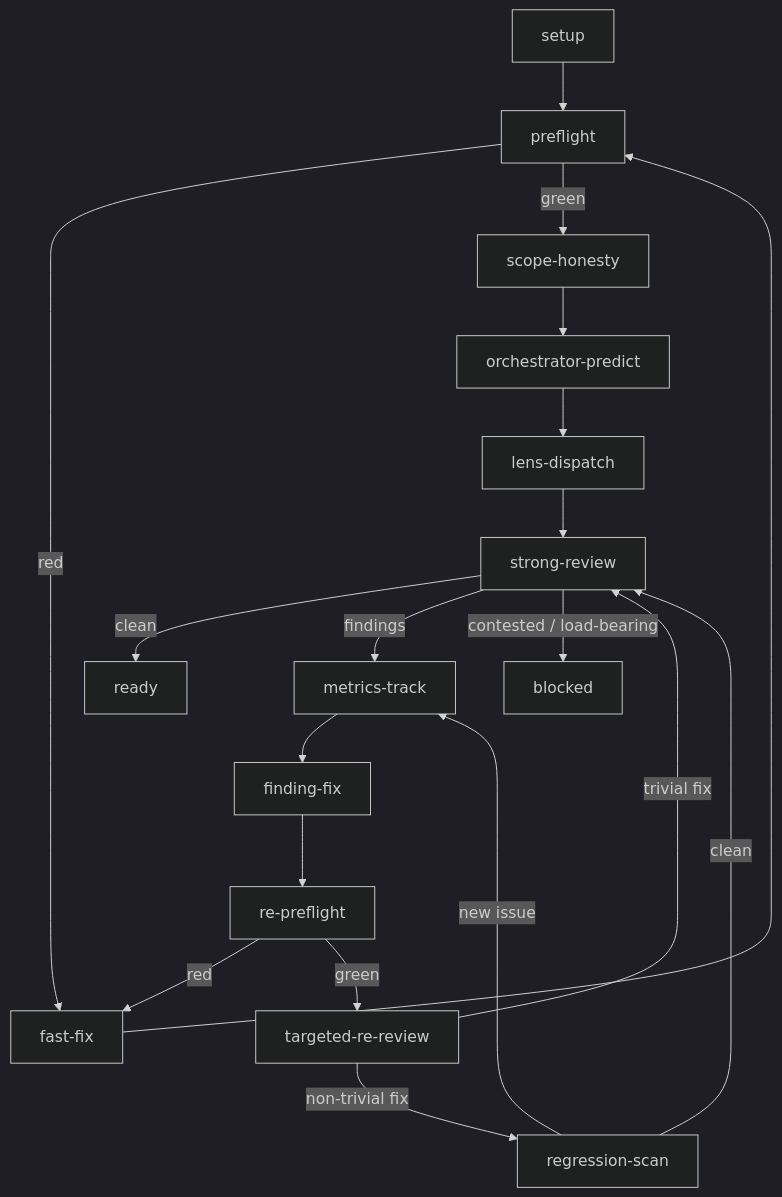
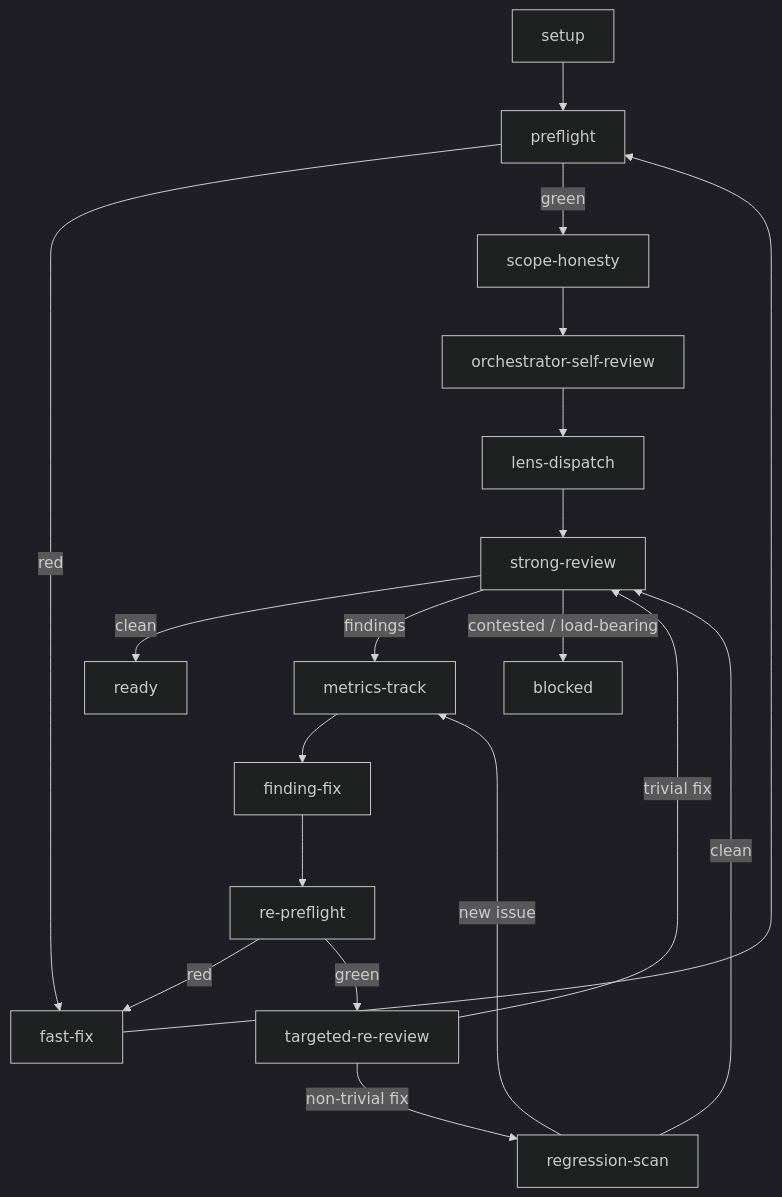
Before and after one commit to HarleyBartles/agent-asset-marketplace: the diagram in .agents/skills/iterative-review/references/review-state-graph.md, drawn with Mermaid (dark theme). The commit also changed other lines of this file and 26 other files, not shown here.

First line of the commit message:
fix: rename orchestrator-predict to orchestrator-self-review; stop treating profiles as subagent task

````diff
--- a/.agents/skills/iterative-review/references/review-state-graph.md
+++ b/.agents/skills/iterative-review/references/review-state-graph.md
@@ -9,21 +9,21 @@
 ```mermaid
 flowchart TD
     setup --> preflight
     preflight -->|red| fast-fix
     fast-fix --> preflight
     preflight -->|green| scope-honesty
-    scope-honesty --> orchestrator-predict
-    orchestrator-predict --> lens-dispatch
+    scope-honesty --> orchestrator-self-review
+    orchestrator-self-review --> lens-dispatch
     lens-dispatch --> strong-review
     strong-review -->|clean| ready
     strong-review -->|findings| metrics-track
     metrics-track --> finding-fix
     finding-fix --> re-preflight
     re-preflight -->|red| fast-fix
     re-preflight -->|green| targeted-re-review
     targeted-re-review -->|trivial fix| strong-review
     targeted-re-review -->|non-trivial fix| regression-scan
     regression-scan -->|new issue| metrics-track
     regression-scan -->|clean| strong-review
     strong-review -->|contested / load-bearing| blocked
 ```
````
